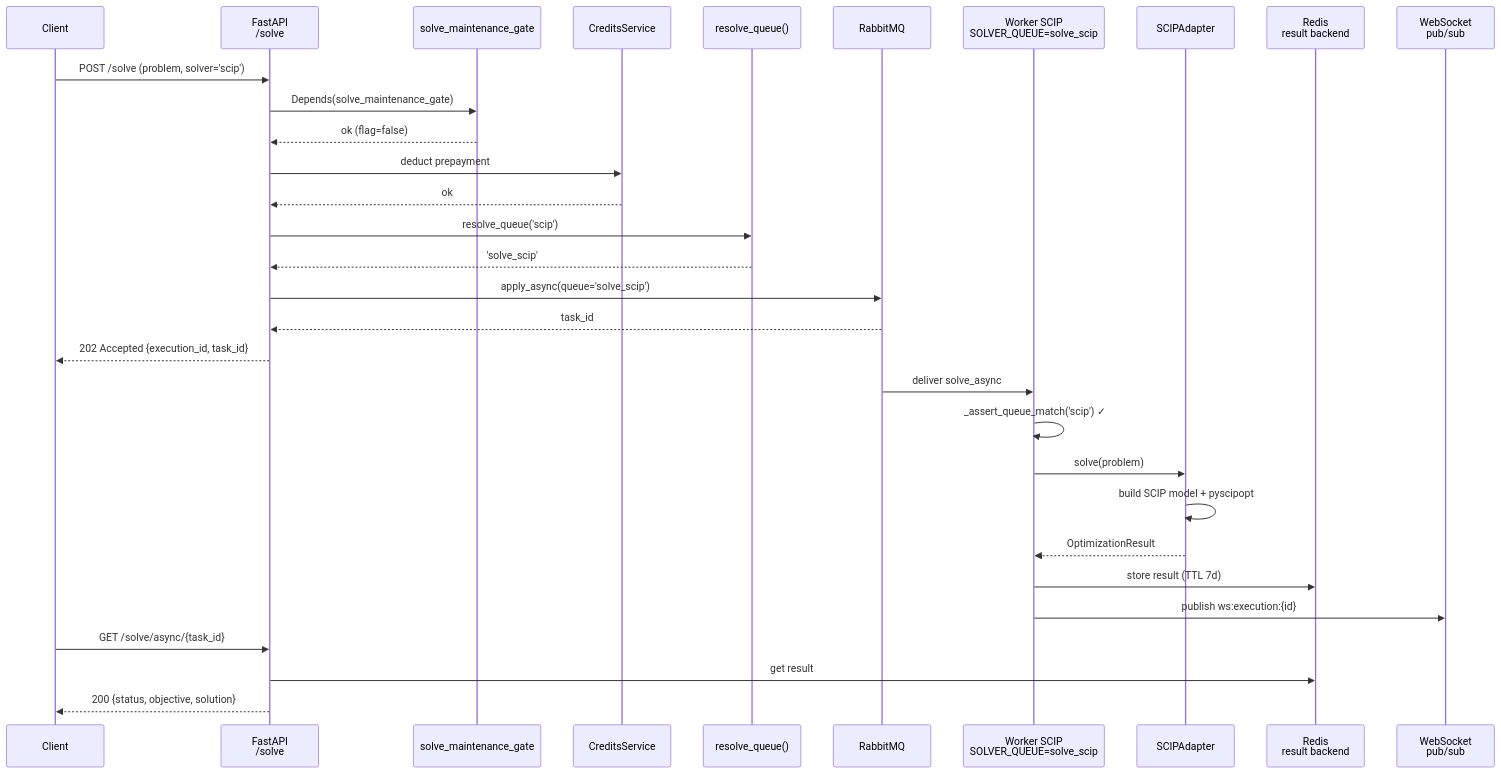
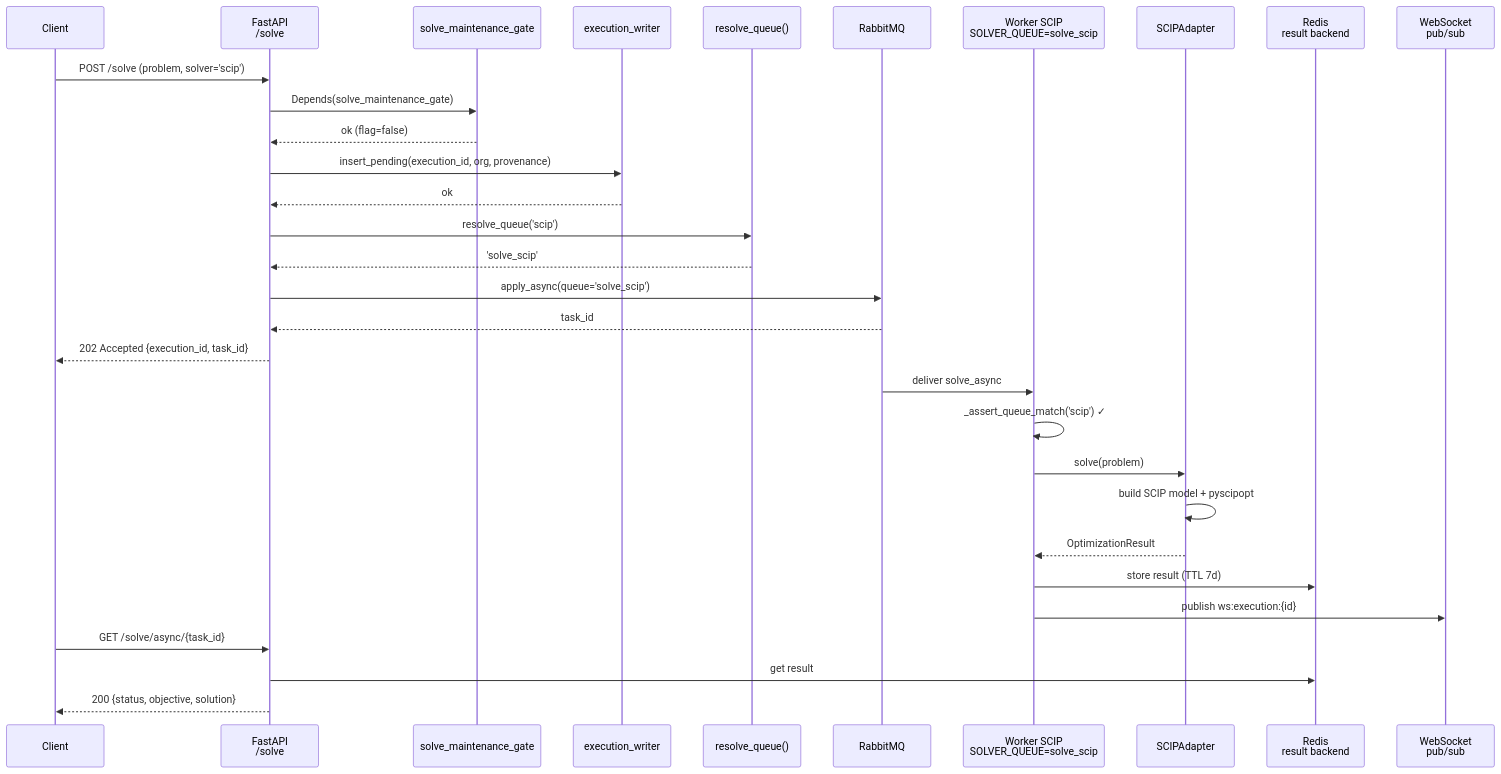
One commit to avallavall/jaot changed the first of 3 diagrams in docs/ARCHITECTURE/02-backend/06-celery-flow.md. Above: the diagram before and after it, drawn with Mermaid. The commit also changed other lines of this file and 24 other files, not shown here.

First line of the commit message:
docs(platform): ADR-008 slice 6 — adapt the living architecture docs to the credit-free reality

````diff
--- a/docs/ARCHITECTURE/02-backend/06-celery-flow.md
+++ b/docs/ARCHITECTURE/02-backend/06-celery-flow.md
@@ -7,36 +7,36 @@
 ```mermaid
 sequenceDiagram
     participant Client as Client
     participant API as FastAPI<br/>/solve
     participant Gate as solve_maintenance_gate
-    participant Credits as CreditsService
+    participant Writer as execution_writer
     participant Resolve as resolve_queue()
     participant Broker as RabbitMQ
     participant Worker as Worker SCIP<br/>SOLVER_QUEUE=solve_scip
     participant Adapter as SCIPAdapter
     participant Redis as Redis<br/>result backend
     participant WS as WebSocket<br/>pub/sub
 
     Client->>API: POST /solve (problem, solver='scip')
     API->>Gate: Depends(solve_maintenance_gate)
     Gate-->>API: ok (flag=false)
-    API->>Credits: deduct prepayment
-    Credits-->>API: ok
+    API->>Writer: insert_pending(execution_id, org, provenance)
+    Writer-->>API: ok
     API->>Resolve: resolve_queue('scip')
     Resolve-->>API: 'solve_scip'
     API->>Broker: apply_async(queue='solve_scip')
     Broker-->>API: task_id
     API-->>Client: 202 Accepted {execution_id, task_id}
 
     Broker->>Worker: deliver solve_async
     Worker->>Worker: _assert_queue_match('scip') ✓
     Worker->>Adapter: solve(problem)
     Adapter->>Adapter: build SCIP model + pyscipopt
     Adapter-->>Worker: OptimizationResult
     Worker->>Redis: store result (TTL 7d)
     Worker->>WS: publish ws:execution:{id}
 
     Client->>API: GET /solve/async/{task_id}
     API->>Redis: get result
     API-->>Client: 200 {status, objective, solution}
 ```
````
